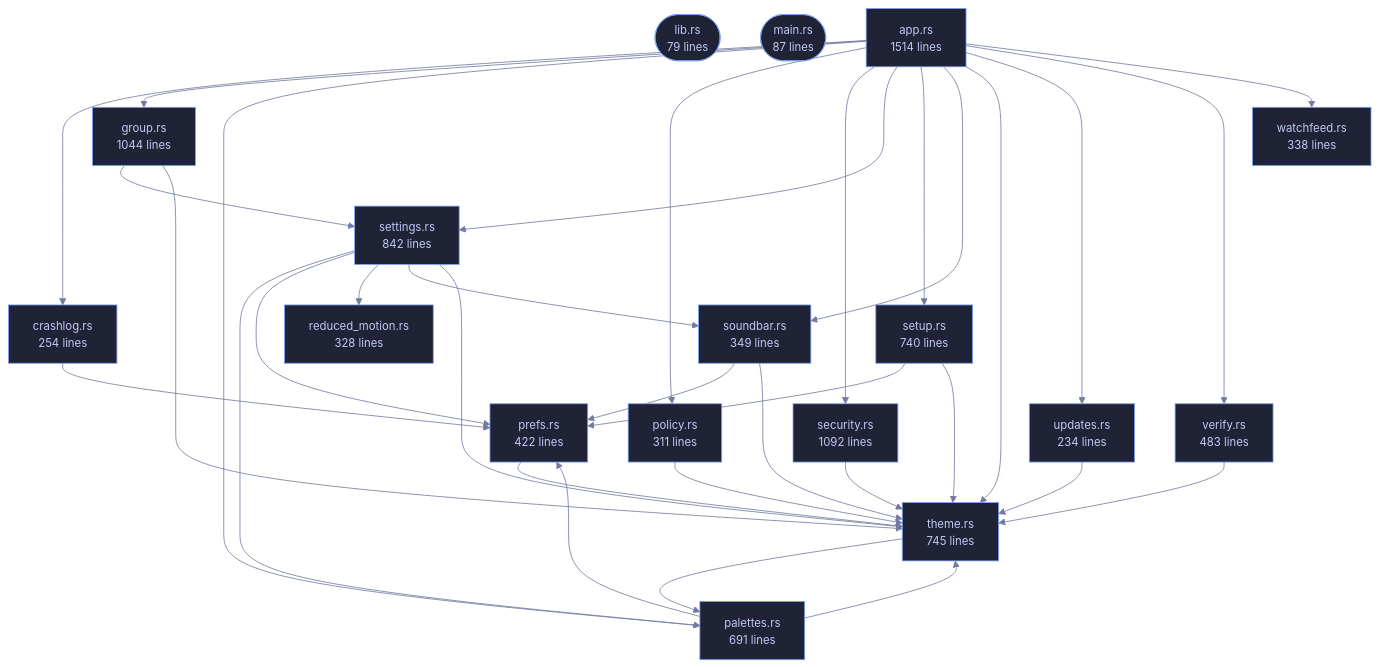
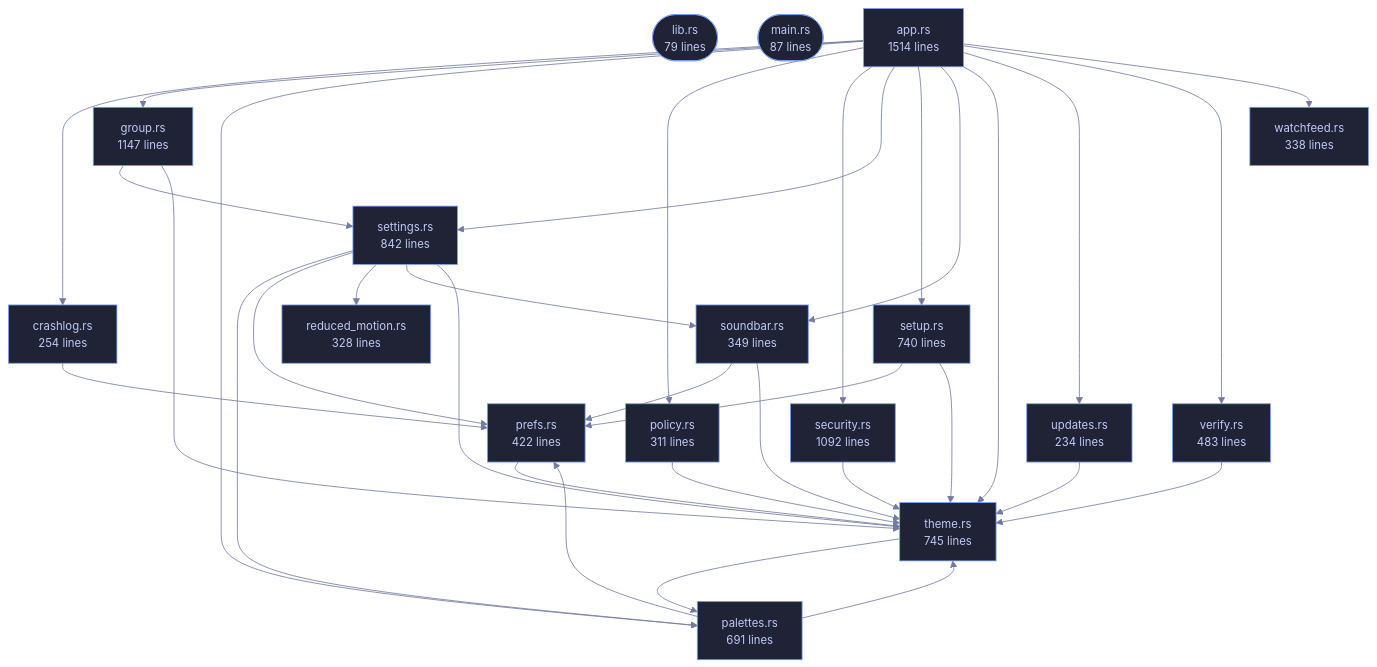
The diagram in crates/veilvoice-gui/README.md (tilas01/veilvoice), drawn with Mermaid before and after one commit. The commit also changed other lines of this file and 68 other files, not shown here.

````diff
--- a/crates/veilvoice-gui/README.md
+++ b/crates/veilvoice-gui/README.md
@@ -94,70 +94,70 @@
 ```mermaid
 %%{init: {"theme":"base","themeVariables":{"background":"#1a1b26","primaryColor":"#1f2335","primaryTextColor":"#c0caf5","primaryBorderColor":"#7aa2f7","secondaryColor":"#16161e","tertiaryColor":"#16161e","lineColor":"#737aa2","textColor":"#c0caf5","mainBkg":"#1f2335","nodeBorder":"#7aa2f7","clusterBkg":"#16161e","clusterBorder":"#2f3549","fontFamily":"ui-monospace, SFMono-Regular, Consolas, monospace","fontSize":"14px"}}}%%
 flowchart TD
     n_lib(["lib.rs<br/>79 lines"])
     n_main(["main.rs<br/>87 lines"])
     n_app["app.rs<br/>1514 lines"]
     n_crashlog["crashlog.rs<br/>254 lines"]
-    n_group["group.rs<br/>1044 lines"]
+    n_group["group.rs<br/>1147 lines"]
     n_palettes["palettes.rs<br/>691 lines"]
     n_policy["policy.rs<br/>311 lines"]
     n_prefs["prefs.rs<br/>422 lines"]
     n_reduced_motion["reduced_motion.rs<br/>328 lines"]
     n_security["security.rs<br/>1092 lines"]
     n_settings["settings.rs<br/>842 lines"]
     n_setup["setup.rs<br/>740 lines"]
     n_soundbar["soundbar.rs<br/>349 lines"]
     n_theme["theme.rs<br/>745 lines"]
     n_updates["updates.rs<br/>234 lines"]
     n_verify["verify.rs<br/>483 lines"]
     n_watchfeed["watchfeed.rs<br/>338 lines"]
     n_app --> n_crashlog
     n_app --> n_group
     n_app --> n_palettes
     n_app --> n_policy
     n_app --> n_security
     n_app --> n_settings
     n_app --> n_setup
     n_app --> n_soundbar
     n_app --> n_theme
     n_app --> n_updates
     n_app --> n_verify
     n_app --> n_watchfeed
     n_crashlog --> n_prefs
     n_group --> n_settings
     n_group --> n_theme
     n_palettes --> n_prefs
     n_palettes --> n_theme
     n_policy --> n_theme
     n_prefs --> n_theme
     n_security --> n_theme
     n_settings --> n_palettes
     n_settings --> n_prefs
     n_settings --> n_reduced_motion
     n_settings --> n_soundbar
     n_settings --> n_theme
     n_setup --> n_prefs
     n_setup --> n_theme
     n_soundbar --> n_prefs
     n_soundbar --> n_theme
     n_theme --> n_palettes
     n_updates --> n_theme
     n_verify --> n_theme
     click n_lib href "https://github.com/tilas01/veilvoice/blob/main/crates/veilvoice-gui/src/lib.rs" "open the source"
     click n_main href "https://github.com/tilas01/veilvoice/blob/main/crates/veilvoice-gui/src/main.rs" "open the source"
     click n_app href "https://github.com/tilas01/veilvoice/blob/main/crates/veilvoice-gui/src/app.rs" "open the source"
     click n_crashlog href "https://github.com/tilas01/veilvoice/blob/main/crates/veilvoice-gui/src/crashlog.rs" "open the source"
     click n_group href "https://github.com/tilas01/veilvoice/blob/main/crates/veilvoice-gui/src/group.rs" "open the source"
     click n_palettes href "https://github.com/tilas01/veilvoice/blob/main/crates/veilvoice-gui/src/palettes.rs" "open the source"
     click n_policy href "https://github.com/tilas01/veilvoice/blob/main/crates/veilvoice-gui/src/policy.rs" "open the source"
     click n_prefs href "https://github.com/tilas01/veilvoice/blob/main/crates/veilvoice-gui/src/prefs.rs" "open the source"
     click n_reduced_motion href "https://github.com/tilas01/veilvoice/blob/main/crates/veilvoice-gui/src/reduced_motion.rs" "open the source"
     click n_security href "https://github.com/tilas01/veilvoice/blob/main/crates/veilvoice-gui/src/security.rs" "open the source"
     click n_settings href "https://github.com/tilas01/veilvoice/blob/main/crates/veilvoice-gui/src/settings.rs" "open the source"
     click n_setup href "https://github.com/tilas01/veilvoice/blob/main/crates/veilvoice-gui/src/setup.rs" "open the source"
     click n_soundbar href "https://github.com/tilas01/veilvoice/blob/main/crates/veilvoice-gui/src/soundbar.rs" "open the source"
     click n_theme href "https://github.com/tilas01/veilvoice/blob/main/crates/veilvoice-gui/src/theme.rs" "open the source"
     click n_updates href "https://github.com/tilas01/veilvoice/blob/main/crates/veilvoice-gui/src/updates.rs" "open the source"
     click n_verify href "https://github.com/tilas01/veilvoice/blob/main/crates/veilvoice-gui/src/verify.rs" "open the source"
     click n_watchfeed href "https://github.com/tilas01/veilvoice/blob/main/crates/veilvoice-gui/src/watchfeed.rs" "open the source"
 ```
````
